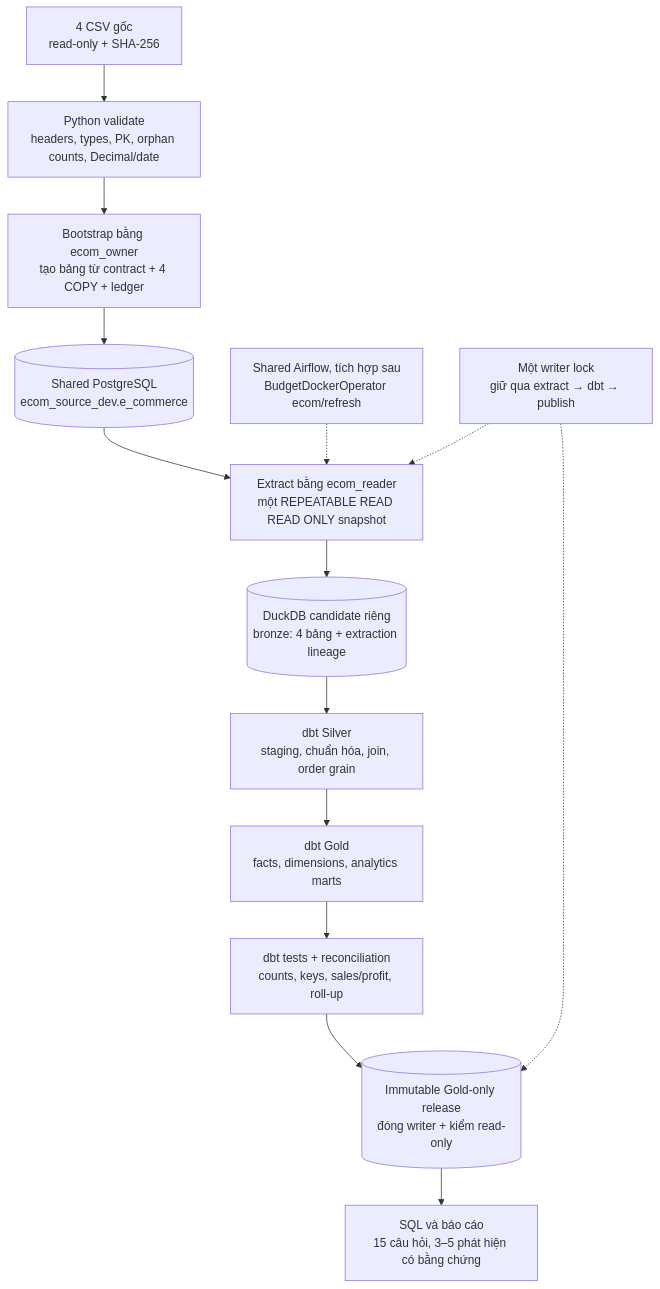
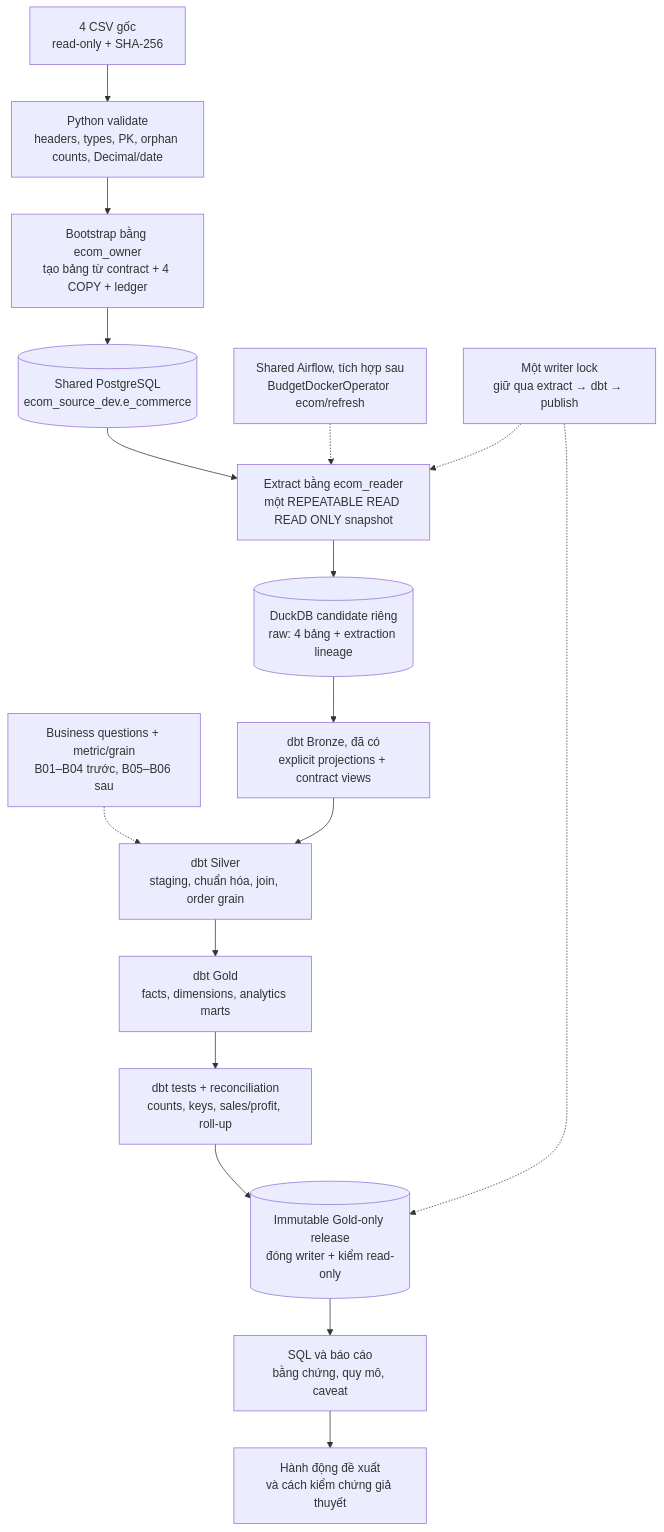
Before and after one commit to PhucTruong11/E_commerce_pipeline: the diagram in docs/architecture.md, drawn with Mermaid. The commit also changed other lines of this file and 29 other files, not shown here.

Commit message:
Fix raw & plan dbt models

````diff
--- a/docs/architecture.md
+++ b/docs/architecture.md
@@ -7,16 +21,19 @@
 ```mermaid
 flowchart TB
+    BQ["Business questions + metric/grain<br/>B01–B04 trước, B05–B06 sau"] -.-> S
     CSV["4 CSV gốc<br/>read-only + SHA-256"] --> CHECK["Python validate<br/>headers, types, PK, orphan counts, Decimal/date"]
     CHECK --> BOOT["Bootstrap bằng ecom_owner<br/>tạo bảng từ contract + 4 COPY + ledger"]
     BOOT --> PG[("Shared PostgreSQL<br/>ecom_source_dev.e_commerce")]
     PG --> EX["Extract bằng ecom_reader<br/>một REPEATABLE READ READ ONLY snapshot"]
-    EX --> B[("DuckDB candidate riêng<br/>bronze: 4 bảng + extraction lineage")]
+    EX --> R[("DuckDB candidate riêng<br/>raw: 4 bảng + extraction lineage")]
+    R --> B["dbt Bronze, đã có<br/>explicit projections + contract views"]
     B --> S["dbt Silver<br/>staging, chuẩn hóa, join, order grain"]
     S --> G["dbt Gold<br/>facts, dimensions, analytics marts"]
     G --> QA["dbt tests + reconciliation<br/>counts, keys, sales/profit, roll-up"]
     QA --> RELEASE[("Immutable Gold-only release<br/>đóng writer + kiểm read-only")]
-    RELEASE --> INSIGHT["SQL và báo cáo<br/>15 câu hỏi, 3–5 phát hiện có bằng chứng"]
+    RELEASE --> INSIGHT["SQL và báo cáo<br/>bằng chứng, quy mô, caveat"]
+    INSIGHT --> DECISION["Hành động đề xuất<br/>và cách kiểm chứng giả thuyết"]
     AF["Shared Airflow, tích hợp sau<br/>BudgetDockerOperator ecom/refresh"] -.-> EX
     LOCK["Một writer lock<br/>giữ qua extract → dbt → publish"] -.-> EX
     LOCK -.-> RELEASE
 ```
````
